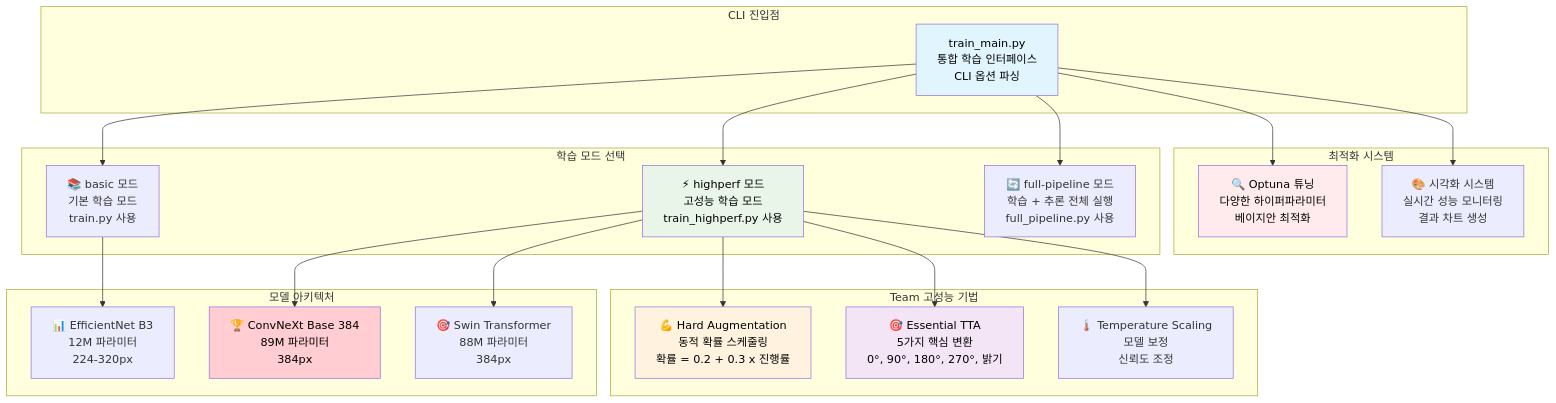
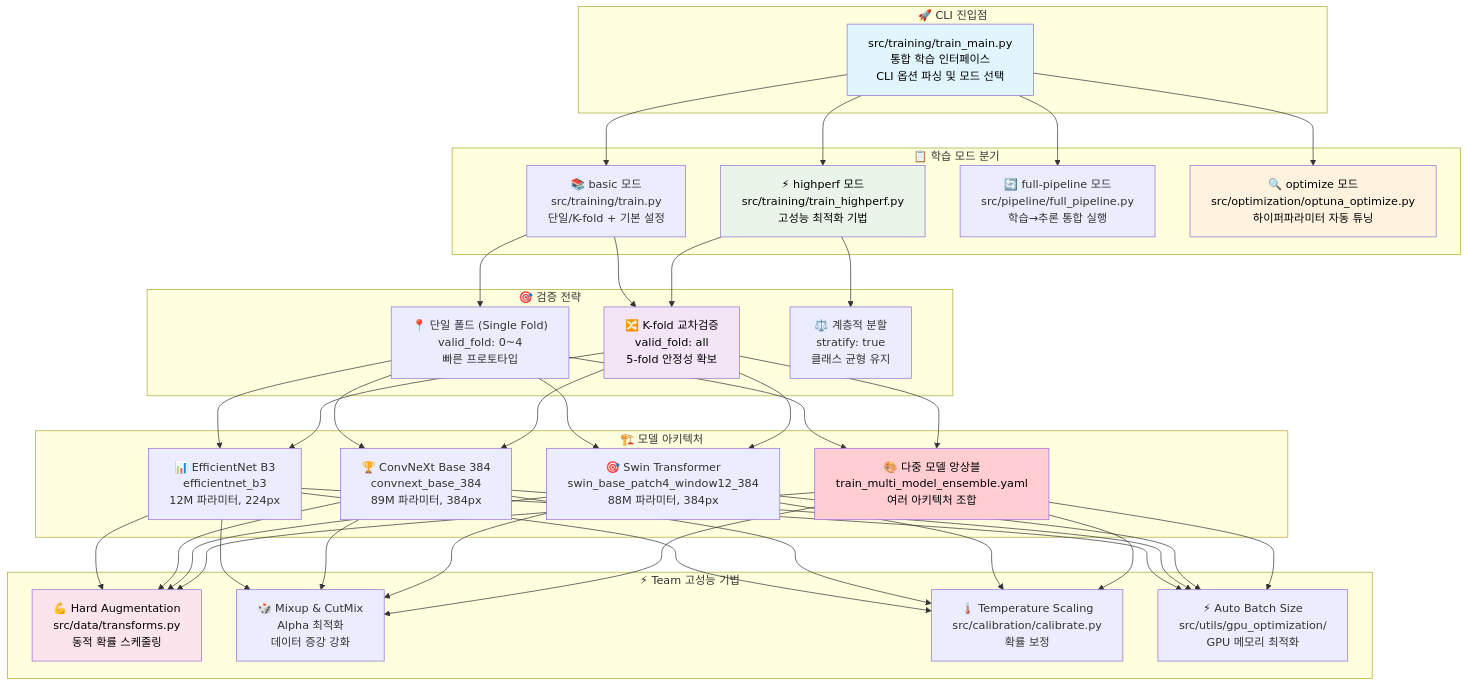
Before and after one commit to nimnusmik/CV_documents_classification_competition: the first of 6 diagrams in docs/파이프라인/학습_파이프라인_가이드.md, drawn with Mermaid. The commit also changed other lines of this file and 3 other files, not shown here.

````diff
--- a/docs/파이프라인/학습_파이프라인_가이드.md
+++ b/docs/파이프라인/학습_파이프라인_가이드.md
@@ -5,51 +5,46 @@
 ```mermaid
-graph TB
-    subgraph "CLI 진입점"
-        A[train_main.py<br/>통합 학습 인터페이스<br/>CLI 옵션 파싱]
+flowchart TB
+    subgraph CLI["🚀 CLI 진입점"]
+        A["src/training/train_main.py<br>통합 학습 인터페이스<br>CLI 옵션 파싱 및 모드 선택"]
     end
     
-    subgraph "학습 모드 선택"
-        B[📚 basic 모드<br/>기본 학습 모드<br/>train.py 사용]
-        C[⚡ highperf 모드<br/>고성능 학습 모드<br/>train_highperf.py 사용]
-        D[🔄 full-pipeline 모드<br/>학습 + 추론 전체 실행<br/>full_pipeline.py 사용]
+    subgraph MODES["📋 학습 모드 분기"]
+        B["📚 basic 모드<br>src/training/train.py<br>단일/K-fold + 기본 설정"]
+        C["⚡ highperf 모드<br>src/training/train_highperf.py<br>고성능 최적화 기법"]
+        D["🔄 full-pipeline 모드<br>src/pipeline/full_pipeline.py<br>학습→추론 통합 실행"]
+        E["🔍 optimize 모드<br>src/optimization/optuna_optimize.py<br>하이퍼파라미터 자동 튜닝"]
     end
     
-    subgraph "모델 아키텍처"
-        E[📊 EfficientNet B3<br/>12M 파라미터<br/>224-320px]
-        F[🏆 ConvNeXt Base 384<br/>89M 파라미터<br/>384px]
-        G[🎯 Swin Transformer<br/>88M 파라미터<br/>384px]
+    subgraph VALIDATION["🎯 검증 전략"]
+        F["📍 단일 폴드 (Single Fold)<br>valid_fold: 0~4<br>빠른 프로토타입"]
+        G["🔀 K-fold 교차검증<br>valid_fold: all<br>5-fold 안정성 확보"]
+        H["⚖️ 계층적 분할<br>stratify: true<br>클래스 균형 유지"]
     end
     
-    subgraph "Team 고성능 기법"
-        H[💪 Hard Augmentation<br/>동적 확률 스케줄링<br/>확률 = 0.2 + 0.3 x 진행률]
-        I[🎯 Essential TTA<br/>5가지 핵심 변환<br/>0°, 90°, 180°, 270°, 밝기]
-        J[🌡️ Temperature Scaling<br/>모델 보정<br/>신뢰도 조정]
+    subgraph MODELS["🏗️ 모델 아키텍처"]
+        I["📊 EfficientNet B3<br>efficientnet_b3<br>12M 파라미터, 224px"]
+        J["🏆 ConvNeXt Base 384<br>convnext_base_384<br>89M 파라미터, 384px"]
+        K["🎯 Swin Transformer<br>swin_base_patch4_window12_384<br>88M 파라미터, 384px"]
+        L["🎨 다중 모델 앙상블<br>train_multi_model_ensemble.yaml<br>여러 아키텍처 조합"]
     end
     
-    subgraph "최적화 시스템"
-        K[🔍 Optuna 튜닝<br/>다양한 하이퍼파라미터<br/>베이지안 최적화]
-        L[🎨 시각화 시스템<br/>실시간 성능 모니터링<br/>결과 차트 생성]
+    subgraph TECHS["⚡ Team 고성능 기법"]
+        M["💪 Hard Augmentation<br>src/data/transforms.py<br>동적 확률 스케줄링"]
+        N["🎲 Mixup & CutMix<br>Alpha 최적화<br>데이터 증강 강화"]
+        O["🌡️ Temperature Scaling<br>src/calibration/calibrate.py<br>확률 보정"]
+        P["⚡ Auto Batch Size<br>src/utils/gpu_optimization/<br>GPU 메모리 최적화"]
     end
     
-    A --> B
-    A --> C  
-    A --> D
-    
-    B --> E
-    C --> F
-    C --> G
-    
-    C --> H
-    C --> I
-    C --> J
-    
-    A --> K
-    A --> L
+    A --> B & C & D & E
+    B --> F & G
+    C --> G & H
+    F & G --> I & J & K & L
+    I & J & K & L --> M & N & O & P
     
     style A fill:#e1f5fe, color:#000000
     style C fill:#e8f5e8, color:#000000
-    style F fill:#ffcdd2, color:#000000
-    style H fill:#fff3e0, color:#000000
-    style I fill:#f3e5f5, color:#000000
-    style K fill:#ffebee, color:#000000
+    style E fill:#fff3e0, color:#000000
+    style G fill:#f3e5f5, color:#000000
+    style L fill:#ffcdd2, color:#000000
+    style M fill:#fce4ec, color:#000000
 ```
````
